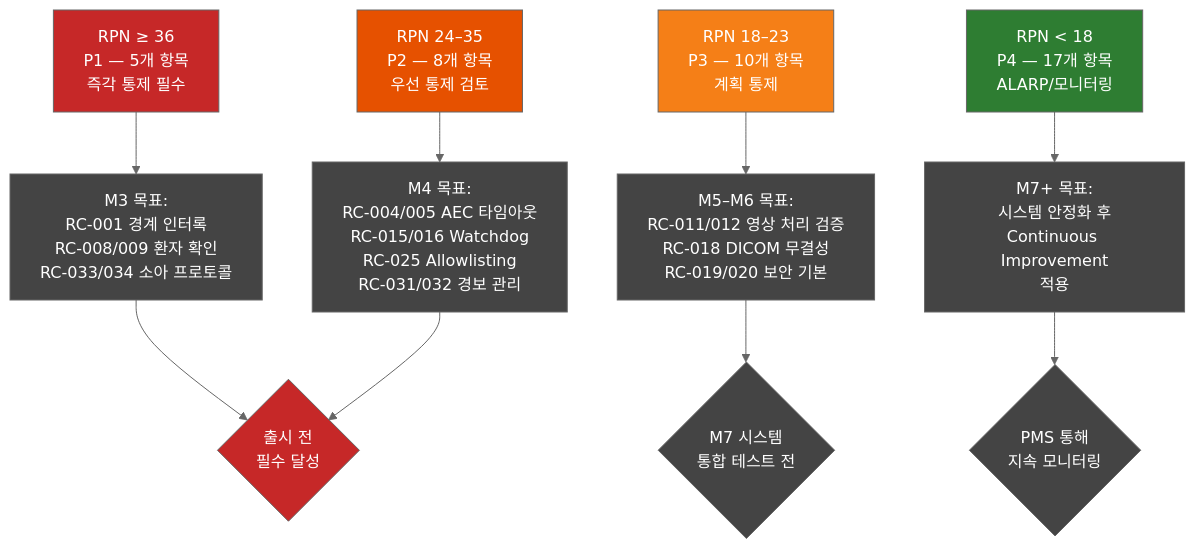
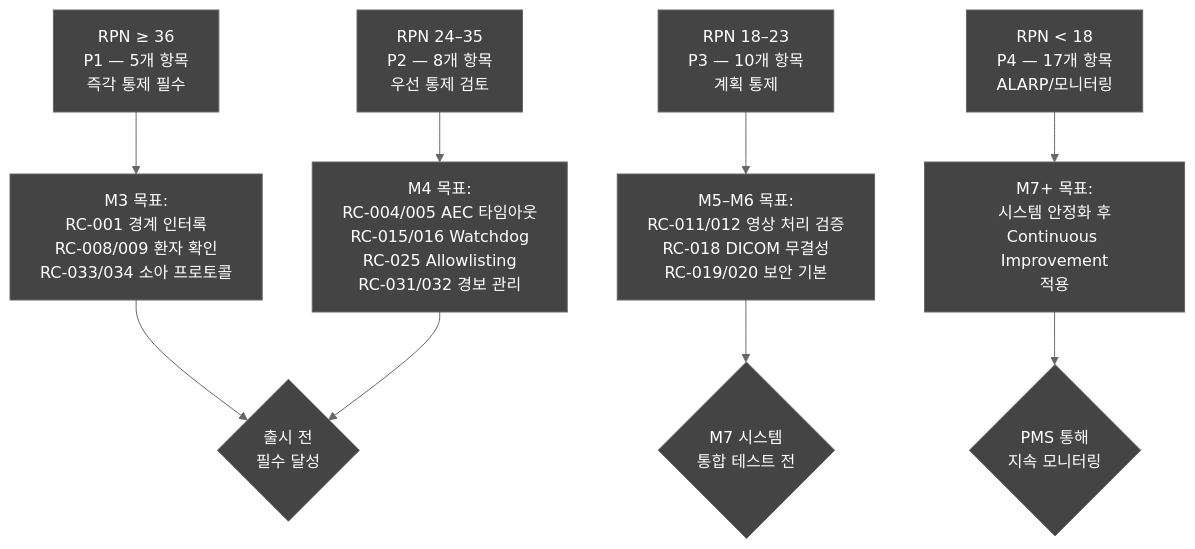
The tenth of 11 diagrams in docs/risk/DOC-009_FMEA_v1.0.md (holee9/console-gui), drawn with Mermaid (neutral theme) before and after one commit. The commit also changed other lines of this file and 35 other files, not shown here.

First line of the commit message:
fix: 전체 Mermaid 차트 색상 진한 회색 통일

````diff
--- a/docs/risk/DOC-009_FMEA_v1.0.md
+++ b/docs/risk/DOC-009_FMEA_v1.0.md
@@ -735,22 +735,22 @@
 ```mermaid
 flowchart TD
     classDef default fill:#444,stroke:#666,color:#fff
     A["RPN ≥ 36\nP1 — 5개 항목\n즉각 통제 필수"] --> B["M3 목표:\nRC-001 경계 인터록\nRC-008/009 환자 확인\nRC-033/034 소아 프로토콜"]
 
     C["RPN 24–35\nP2 — 8개 항목\n우선 통제 검토"] --> D["M4 목표:\nRC-004/005 AEC 타임아웃\nRC-015/016 Watchdog\nRC-025 Allowlisting\nRC-031/032 경보 관리"]
 
     E["RPN 18–23\nP3 — 10개 항목\n계획 통제"] --> F["M5–M6 목표:\nRC-011/012 영상 처리 검증\nRC-018 DICOM 무결성\nRC-019/020 보안 기본"]
 
     G["RPN < 18\nP4 — 17개 항목\nALARP/모니터링"] --> H["M7+ 목표:\n시스템 안정화 후\nContinuous Improvement\n적용"]
 
     B --> I{출시 전\n필수 달성}
     D --> I
     F --> J{M7 시스템\n통합 테스트 전}
     H --> K{PMS 통해\n지속 모니터링}
 
-    style A fill:#c62828,color:#ffffff
-    style C fill:#e65100,color:#ffffff
-    style E fill:#f57f17,color:#ffffff
-    style G fill:#2e7d32,color:#ffffff
-    style I fill:#c62828,color:#ffffff
+    style A fill:#444,color:#fff
+    style C fill:#444,color:#fff
+    style E fill:#444,color:#fff
+    style G fill:#444,color:#fff
+    style I fill:#444,color:#fff
 ```
````
